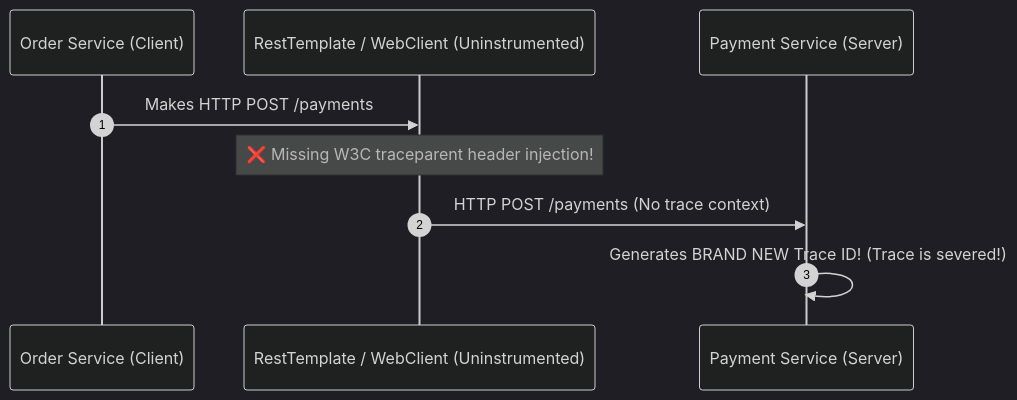
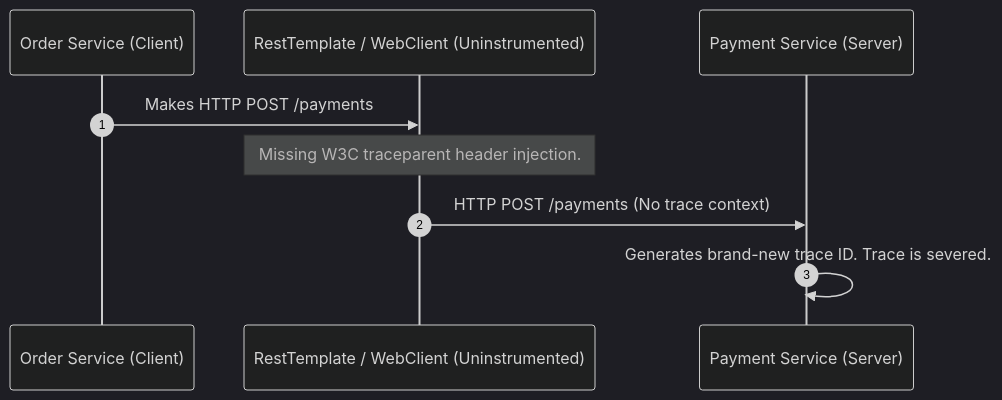
One commit to Rohit1024/spring-boot-mastery changed the second of 2 diagrams in docs/debugging/prometheus-scraping-and-opentelemetry-collector-pitfalls.md. Above: the diagram before and after it, drawn with Mermaid (dark theme). The commit also changed other lines of this file and 117 other files, not shown here.

````diff
--- a/docs/debugging/prometheus-scraping-and-opentelemetry-collector-pitfalls.md
+++ b/docs/debugging/prometheus-scraping-and-opentelemetry-collector-pitfalls.md
@@ -86,12 +86,12 @@
 ``` mermaid
 sequenceDiagram
     autonumber
     participant Order as Order Service (Client)
     participant Rest as RestTemplate / WebClient (Uninstrumented)
     participant Payment as Payment Service (Server)
 
     Order->>Rest: Makes HTTP POST /payments
-    Note over Rest: ❌ Missing W3C traceparent header injection!
+    Note over Rest: Missing W3C traceparent header injection.
     Rest->>Payment: HTTP POST /payments (No trace context)
-    Payment->>Payment: Generates BRAND NEW Trace ID! (Trace is severed!)
+    Payment->>Payment: Generates brand-new trace ID. Trace is severed.
 ```
````
